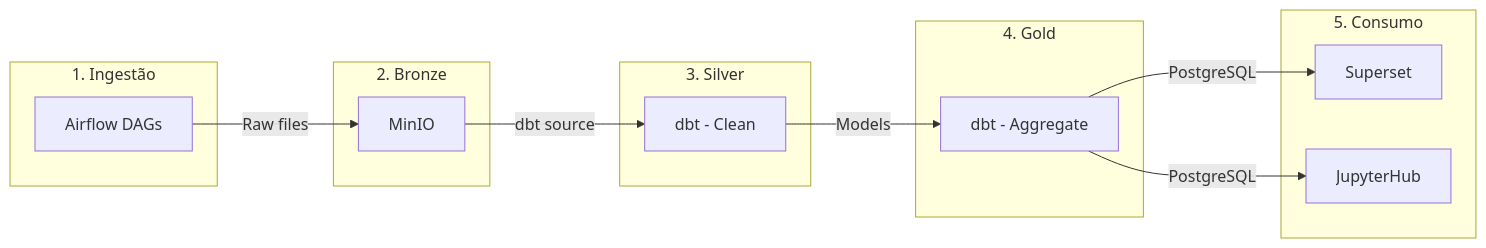
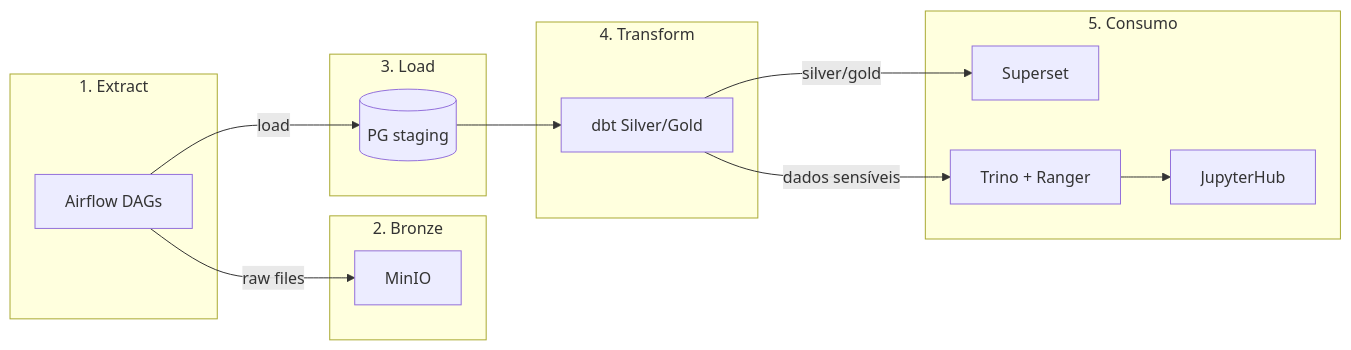
The first of 5 diagrams in docs/arquitetura/fluxo-de-dados.md (RochaCarla/doc-bp), drawn with Mermaid before and after one commit. The commit also changed other lines of this file and 28 other files, not shown here.

````diff
--- a/docs/arquitetura/fluxo-de-dados.md
+++ b/docs/arquitetura/fluxo-de-dados.md
@@ -7,29 +7,31 @@
 ```mermaid
 graph LR
-    subgraph "1. Ingestão"
+    subgraph "1. Extract"
         AF[Airflow DAGs]
     end
 
     subgraph "2. Bronze"
         MN[MinIO]
     end
 
-    subgraph "3. Silver"
-        S[dbt - Clean]
+    subgraph "3. Load"
+        PG_STG[(PG staging)]
     end
 
-    subgraph "4. Gold"
-        G[dbt - Aggregate]
+    subgraph "4. Transform"
+        DBT[dbt Silver/Gold]
     end
 
     subgraph "5. Consumo"
         SS[Superset]
+        TR[Trino + Ranger]
         JH[JupyterHub]
     end
 
-    AF -->|Raw files| MN
-    MN -->|dbt source| S
-    S -->|Models| G
-    G -->|PostgreSQL| SS
-    G -->|PostgreSQL| JH
+    AF -->|"raw files"| MN
+    AF -->|"load"| PG_STG
+    PG_STG --> DBT
+    DBT -->|"silver/gold"| SS
+    DBT -->|"dados sensíveis"| TR
+    TR --> JH
 ```
````
